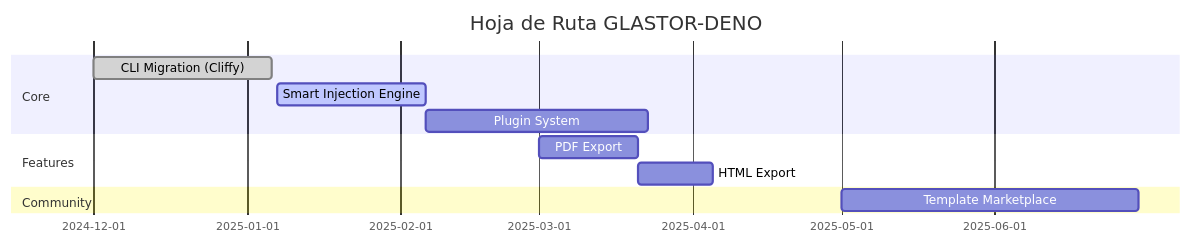
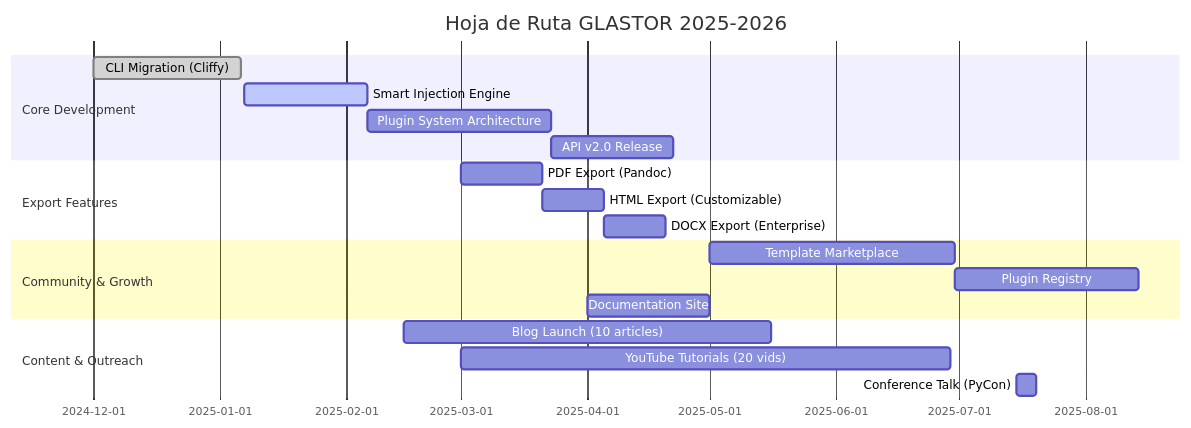
The diagram in README.md (glastor-dev/glastor-dev), drawn with Mermaid before and after one commit. The commit also changed other lines of this file and 17 other files, not shown here.

````diff
--- a/README.md
+++ b/README.md
@@ -103,14 +203,25 @@
 ```mermaid
 gantt
-    title Hoja de Ruta GLASTOR-DENO
+    title Hoja de Ruta GLASTOR 2025-2026
     dateFormat  YYYY-MM-DD
-    section Core
-    CLI Migration (Cliffy)   :done,    des1, 2024-12-01, 2025-01-06
-    Smart Injection Engine   :active,  des2, 2025-01-07, 30d
-    Plugin System            :         des3, after des2, 45d
-    section Features
-    PDF Export               :         feat1, 2025-03-01, 20d
-    HTML Export              :         feat2, after feat1, 15d
-    section Community
-    Template Marketplace     :         comm1, 2025-05-01, 60d
+    section Core Development
+    CLI Migration (Cliffy)      :done,    des1, 2024-12-01, 2025-01-06
+    Smart Injection Engine      :active,  des2, 2025-01-07, 30d
+    Plugin System Architecture  :         des3, after des2, 45d
+    API v2.0 Release           :         des4, after des3, 30d
+    
+    section Export Features
+    PDF Export (Pandoc)        :         feat1, 2025-03-01, 20d
+    HTML Export (Customizable) :         feat2, after feat1, 15d
+    DOCX Export (Enterprise)   :         feat3, after feat2, 15d
+    
+    section Community & Growth
+    Template Marketplace       :         comm1, 2025-05-01, 60d
+    Plugin Registry            :         comm2, after comm1, 45d
+    Documentation Site         :         comm3, 2025-04-01, 30d
+    
+    section Content & Outreach
+    Blog Launch (10 articles)  :         cont1, 2025-02-15, 90d
+    YouTube Tutorials (20 vids):         cont2, 2025-03-01, 120d
+    Conference Talk (PyCon)    :         cont3, 2025-07-15, 5d
 ```
````
